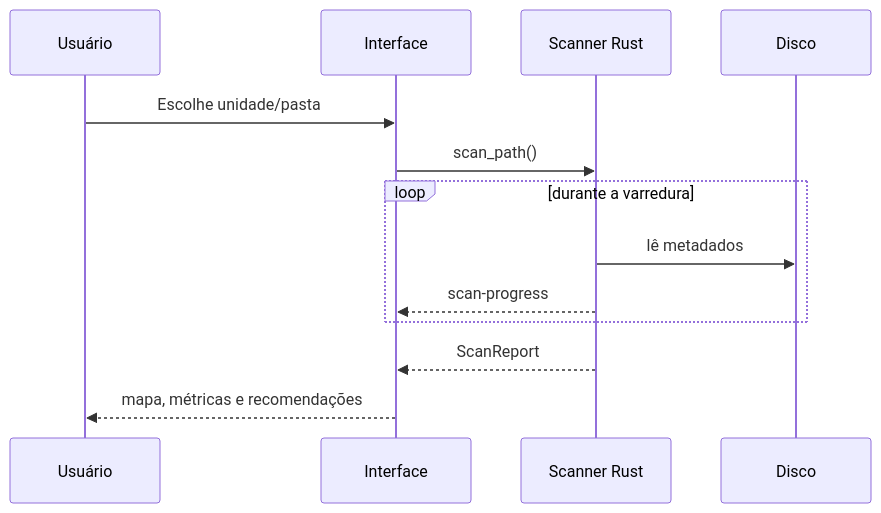
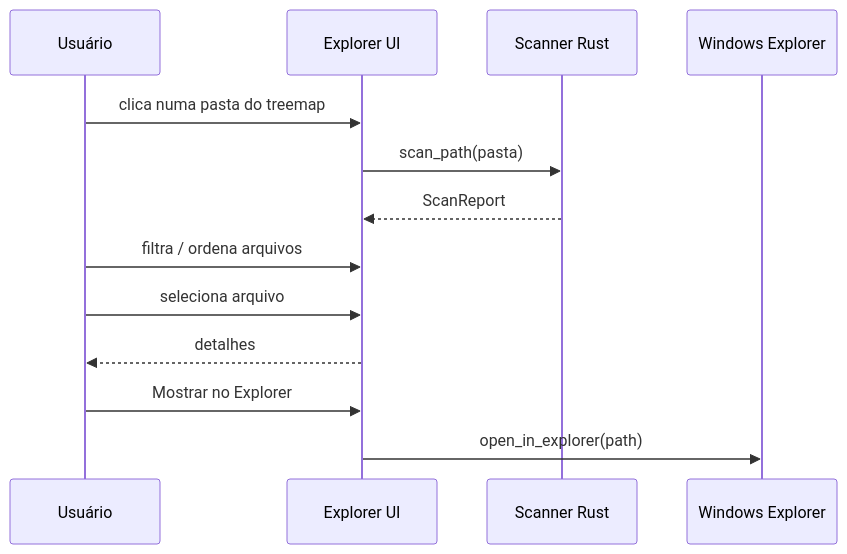
Before and after one commit to tombemol/L.I.V.I.A: the second of 3 diagrams in README.md, drawn with Mermaid. The commit also changed other lines of this file and 9 other files, not shown here.

````diff
--- a/README.md
+++ b/README.md
@@ -62,16 +86,16 @@
 ```mermaid
 sequenceDiagram
     participant U as Usuário
-    participant UI as Interface
+    participant UI as Explorer UI
     participant R as Scanner Rust
-    participant FS as Disco
+    participant W as Windows Explorer
 
-    U->>UI: Escolhe unidade/pasta
-    UI->>R: scan_path()
-    loop durante a varredura
-        R->>FS: lê metadados
-        R-->>UI: scan-progress
-    end
+    U->>UI: clica numa pasta do treemap
+    UI->>R: scan_path(pasta)
     R-->>UI: ScanReport
-    UI-->>U: mapa, métricas e recomendações
+    U->>UI: filtra / ordena arquivos
+    U->>UI: seleciona arquivo
+    UI-->>U: detalhes
+    U->>UI: Mostrar no Explorer
+    UI->>W: open_in_explorer(path)
 ```
````
